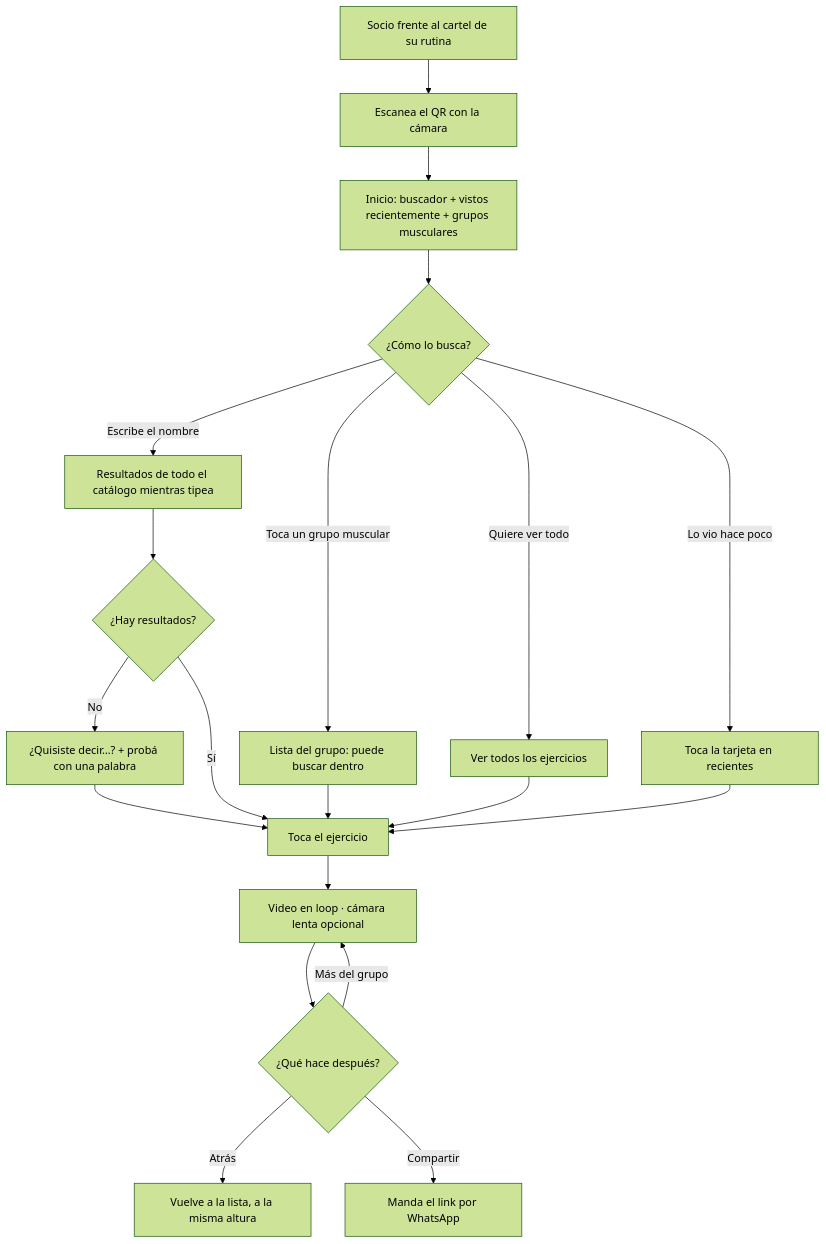
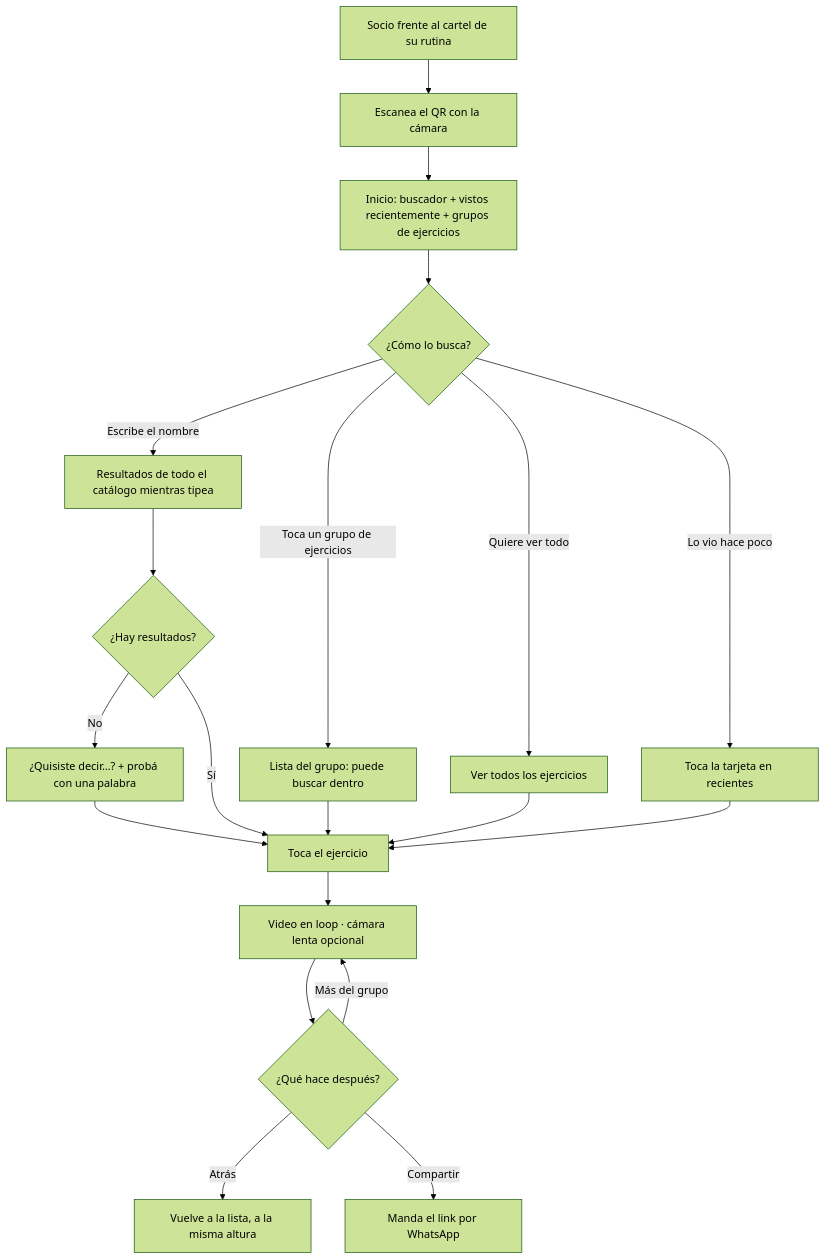
Before and after one commit to KevinKener/gym-las-lomas: the first of 3 diagrams in docs/FLUJOS.md, drawn with Mermaid (forest theme). The commit also changed other lines of this file and 12 other files, not shown here.

First line of the commit message:
"Grupos musculares" pasa a ser "Grupos de ejercicios"

````diff
--- a/docs/FLUJOS.md
+++ b/docs/FLUJOS.md
@@ -5,22 +5,22 @@
 ```mermaid
 flowchart TD
     A[Socio frente al cartel de su rutina] --> B[Escanea el QR con la cámara]
-    B --> C[Inicio: buscador + vistos recientemente + grupos musculares]
+    B --> C[Inicio: buscador + vistos recientemente + grupos de ejercicios]
     C --> D{¿Cómo lo busca?}
     D -->|Escribe el nombre| E[Resultados de todo el catálogo mientras tipea]
-    D -->|Toca un grupo muscular| F[Lista del grupo: puede buscar dentro]
+    D -->|Toca un grupo de ejercicios| F[Lista del grupo: puede buscar dentro]
     D -->|Lo vio hace poco| G[Toca la tarjeta en recientes]
     D -->|Quiere ver todo| T[Ver todos los ejercicios]
     E --> H{¿Hay resultados?}
     H -->|No| I["¿Quisiste decir…?" + probá con una palabra]
     I --> J
     H -->|Sí| J[Toca el ejercicio]
     F --> J
     T --> J
     G --> J
     J --> K[Video en loop · cámara lenta opcional]
     K --> L{¿Qué hace después?}
     L -->|Atrás| M[Vuelve a la lista, a la misma altura]
     L -->|Más del grupo| K
     L -->|Compartir| N[Manda el link por WhatsApp]
 ```
````
